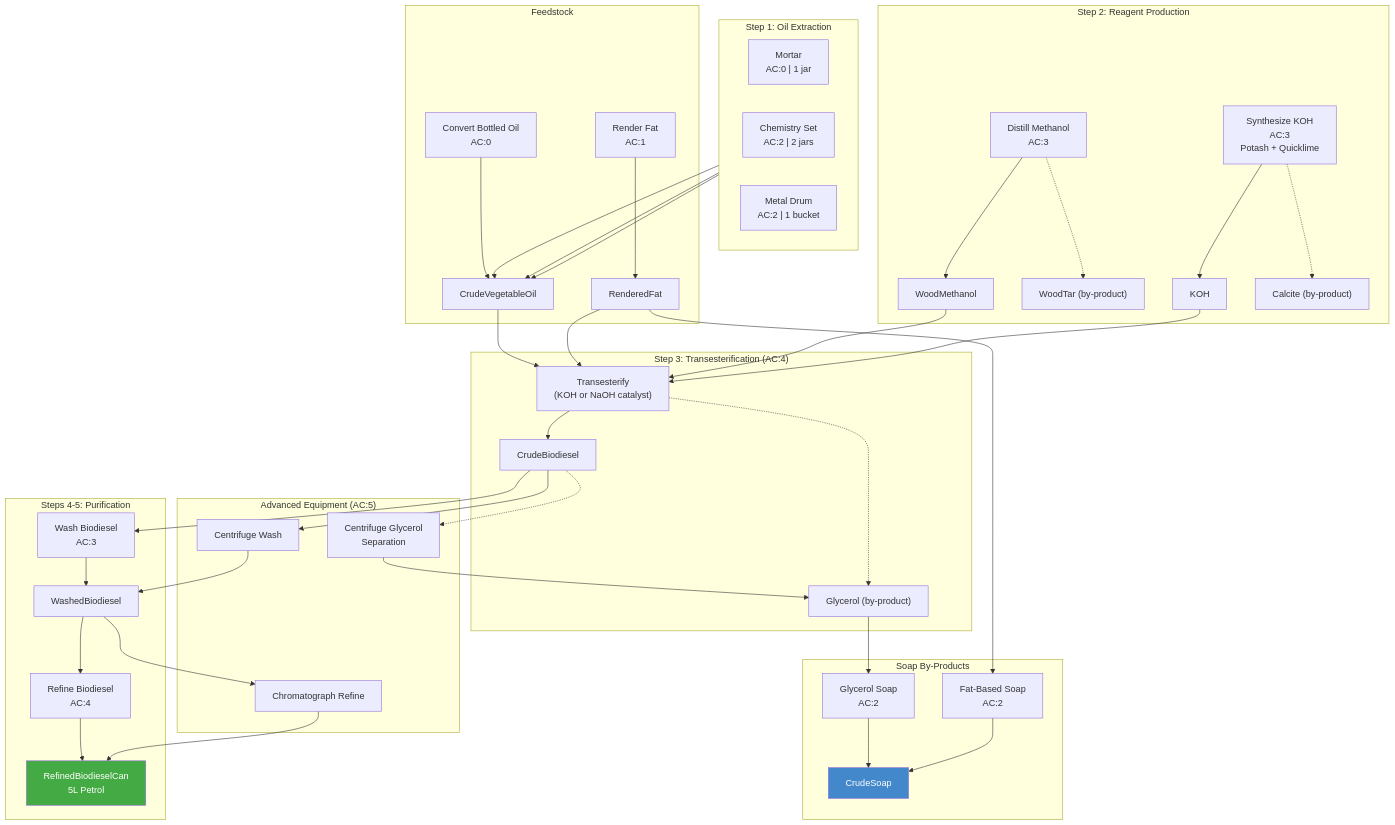
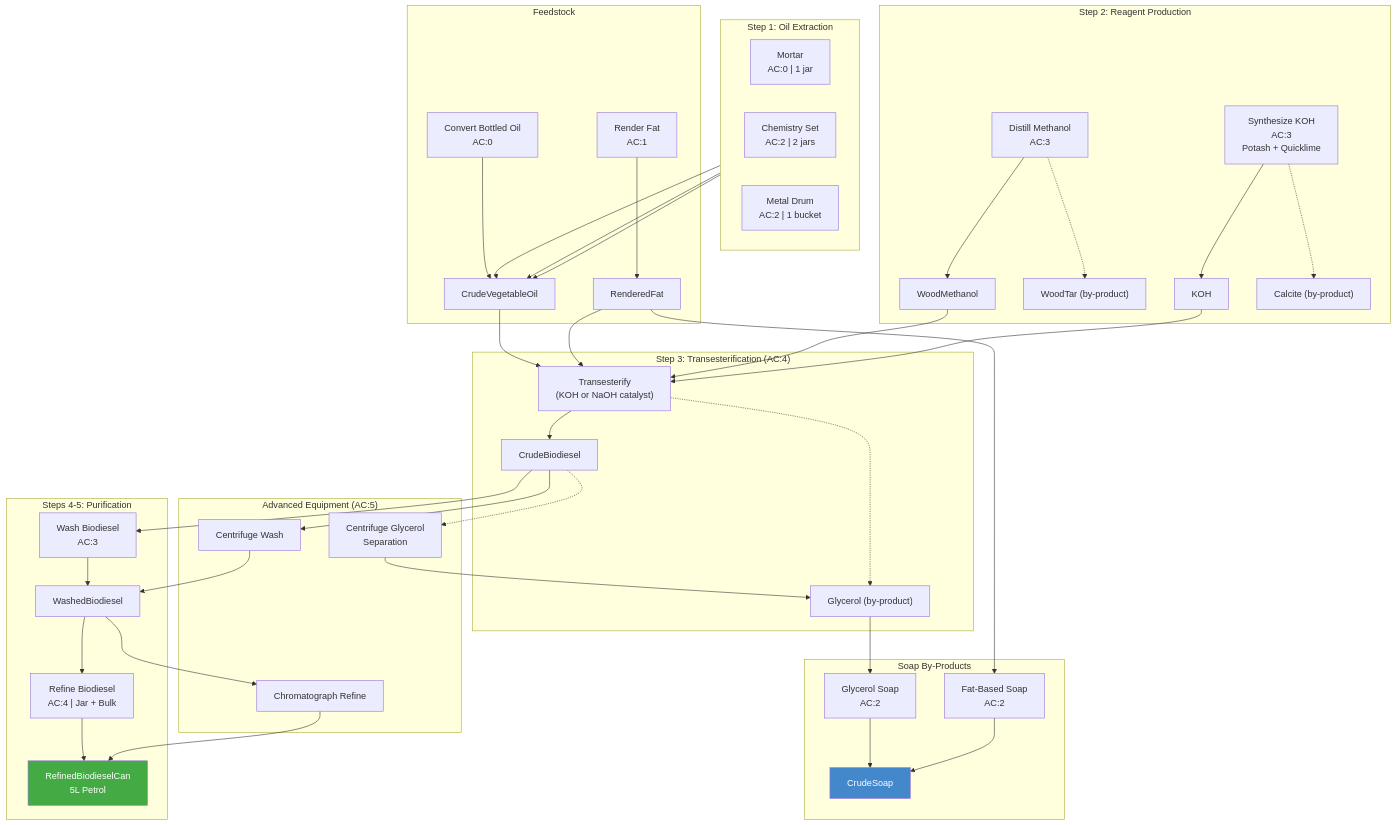
Before and after one commit to phobos-dthorga/mod-pz-chemistry-pathways: the diagram in docs/mermaid-src/biodiesel-detail.mmd, drawn with Mermaid. The commit also changed 6 other files, not shown here.

First line of the commit message:
docs: Update Mermaid source files for v0.11.0

```diff
--- a/docs/mermaid-src/biodiesel-detail.mmd
+++ b/docs/mermaid-src/biodiesel-detail.mmd
@@ -1,59 +1,59 @@
 graph TB
     subgraph EXTRACT["Step 1: Oil Extraction"]
         direction LR
         M["Mortar<br/>AC:0 | 1 jar"]
         L["Chemistry Set<br/>AC:2 | 2 jars"]
         B["Metal Drum<br/>AC:2 | 1 bucket"]
     end
 
     subgraph FEED["Feedstock"]
         OIL_CONV["Convert Bottled Oil<br/>AC:0"]
         FAT_REND["Render Fat<br/>AC:1"]
         M --> OIL["CrudeVegetableOil"]
         L --> OIL
         B --> OIL
         OIL_CONV --> OIL
         FAT_REND --> FAT["RenderedFat"]
     end
 
     subgraph REAGENT["Step 2: Reagent Production"]
         DIST["Distill Methanol<br/>AC:3"] --> METH["WoodMethanol"]
         DIST -.-> TAR["WoodTar (by-product)"]
         SYNKOH["Synthesize KOH<br/>AC:3<br/>Potash + Quicklime"] --> KOH_OUT["KOH"]
         SYNKOH -.-> CALC_OUT["Calcite (by-product)"]
     end
 
     subgraph TRANS["Step 3: Transesterification (AC:4)"]
         OIL --> T["Transesterify<br/>(KOH or NaOH catalyst)"]
         FAT --> T
         METH --> T
         KOH_OUT --> T
         T --> CBD["CrudeBiodiesel"]
         T -.-> GLYC["Glycerol (by-product)"]
     end
 
     subgraph PURIFY["Steps 4-5: Purification"]
         CBD --> W["Wash Biodiesel<br/>AC:3"]
         W --> WBD["WashedBiodiesel"]
-        WBD --> R["Refine Biodiesel<br/>AC:4"]
+        WBD --> R["Refine Biodiesel<br/>AC:4 | Jar + Bulk"]
         R --> RBD["RefinedBiodieselCan<br/>5L Petrol"]
     end
 
     subgraph ADVANCED["Advanced Equipment (AC:5)"]
         CBD --> CW["Centrifuge Wash"]
         CW --> WBD
         WBD --> CR["Chromatograph Refine"]
         CR --> RBD
         CBD -.-> CG["Centrifuge Glycerol<br/>Separation"]
         CG --> GLYC
     end
 
     subgraph SOAP_PATH["Soap By-Products"]
         GLYC --> SG["Glycerol Soap<br/>AC:2"]
         FAT --> SF["Fat-Based Soap<br/>AC:2"]
         SG --> SOAP["CrudeSoap"]
         SF --> SOAP
     end
 
     style RBD fill:#4a4,color:#fff
     style SOAP fill:#48c,color:#fff
```
